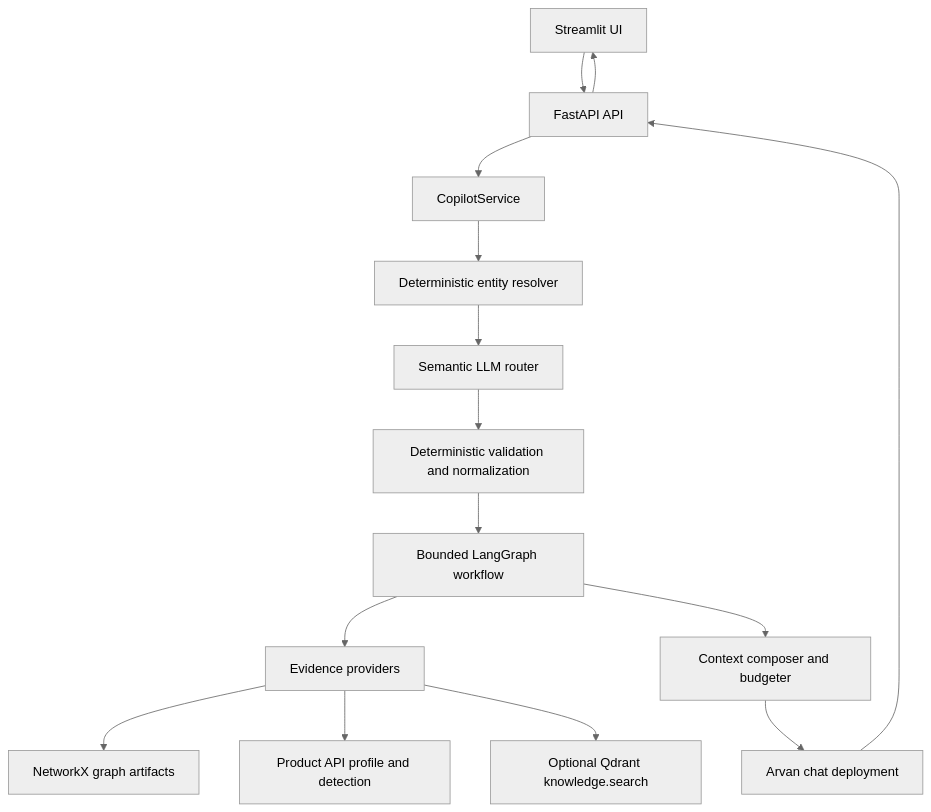
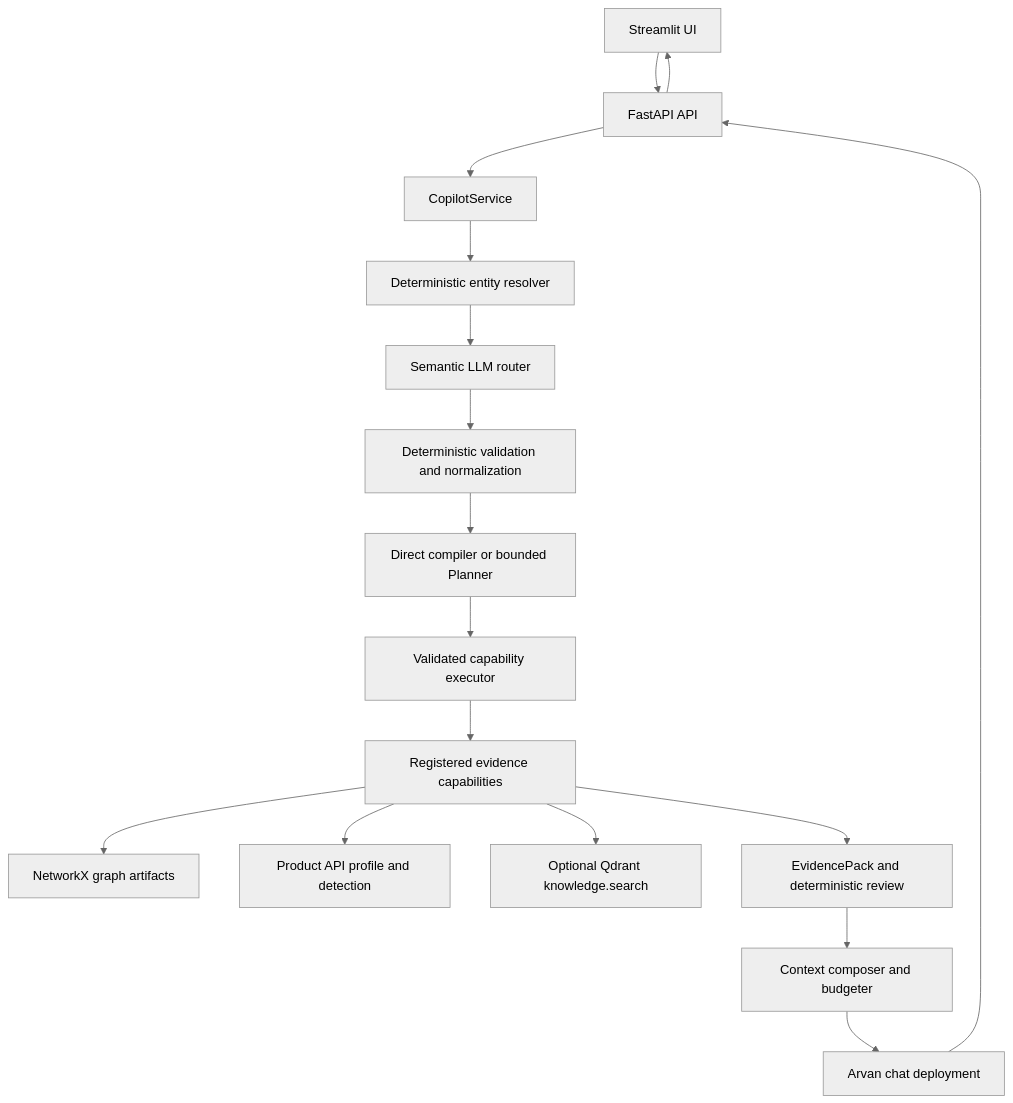
The diagram in README.md (alirzx/Soorin_Copilot), drawn with Mermaid (neutral theme) before and after one commit. The commit also changed other lines of this file and 26 other files, not shown here.

Commit message:
feat(copilot): activate bounded Phase 2 investigation workflow

````diff
--- a/README.md
+++ b/README.md
@@ -11,17 +11,19 @@
 ```mermaid
 flowchart TD
     UI[Streamlit UI] --> API[FastAPI API]
     API --> Service[CopilotService]
     Service --> Entity[Deterministic entity resolver]
     Entity --> Router[Semantic LLM router]
     Router --> Validate[Deterministic validation and normalization]
-    Validate --> Workflow[Bounded LangGraph workflow]
-    Workflow --> Providers[Evidence providers]
+    Validate --> Plan[Direct compiler or bounded Planner]
+    Plan --> Executor[Validated capability executor]
+    Executor --> Providers[Registered evidence capabilities]
     Providers --> Graph[NetworkX graph artifacts]
     Providers --> Product[Product API profile and detection]
     Providers --> RAG[Optional Qdrant knowledge.search]
-    Workflow --> Context[Context composer and budgeter]
+    Providers --> Review[EvidencePack and deterministic review]
+    Review --> Context[Context composer and budgeter]
     Context --> LLM[Arvan chat deployment]
     LLM --> API
     API --> UI
 ```
````
